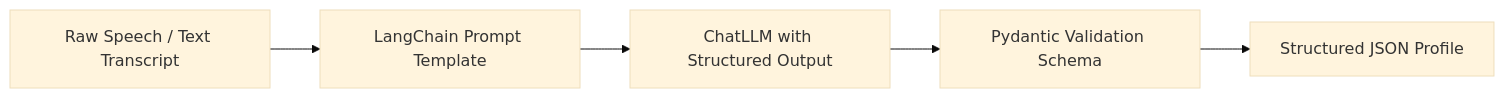
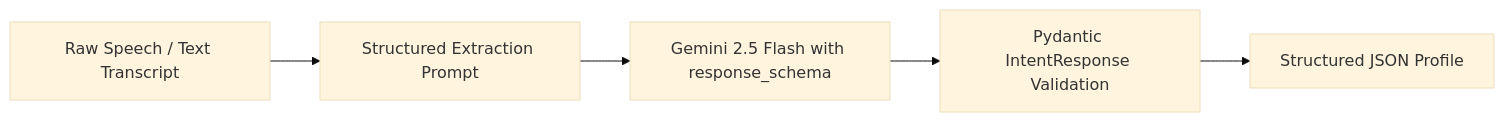
The first of 2 diagrams in PIPELINES.md (aviraltrip/SIH-26-AI-ML), drawn with Mermaid (base theme) before and after one commit. The commit also changed other lines of this file and 3 other files, not shown here.

````diff
--- a/PIPELINES.md
+++ b/PIPELINES.md
@@ -13,7 +13,7 @@
 ```mermaid
 graph LR
-    Input[Raw Speech / Text Transcript] --> Template[LangChain Prompt Template]
-    Template --> LLM[ChatLLM with Structured Output]
-    LLM --> Schema[Pydantic Validation Schema]
-    Schema --> Output[Structured JSON Profile]
+    Input[Raw Speech / Text Transcript] --> Prompt[Structured Extraction Prompt]
+    Prompt --> Gemini[Gemini 2.5 Flash with response_schema]
+    Gemini --> Pydantic[Pydantic IntentResponse Validation]
+    Pydantic --> Output[Structured JSON Profile]
 ```
````
